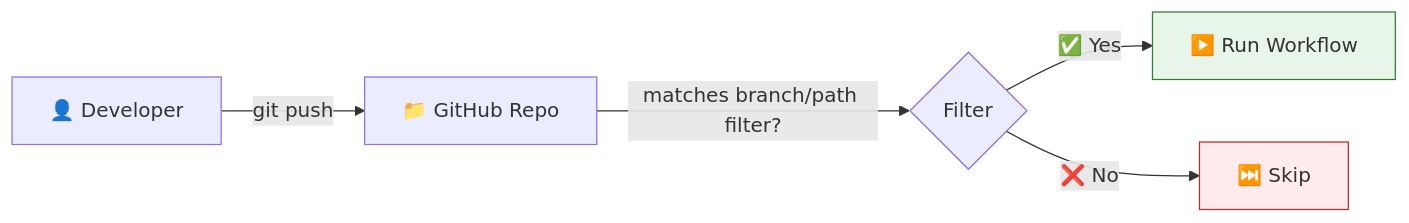
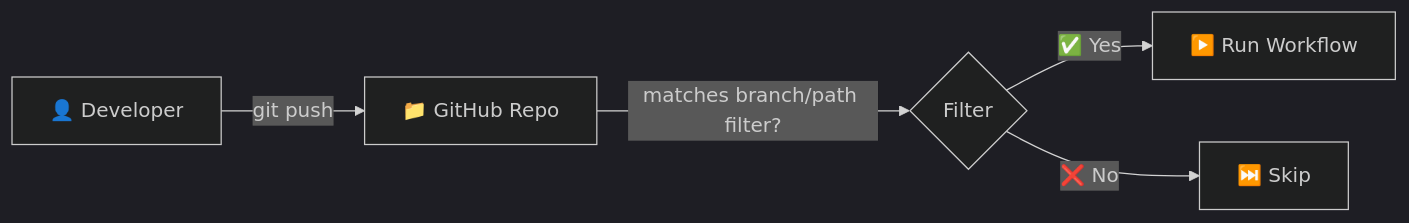
One commit to vishutyagi0210/github-ci-cd-with-labs changed the third of 6 diagrams in 04-triggering-events/README.md. Above: the diagram before and after it, drawn with Mermaid. The commit also changed other lines of this file and 13 other files, not shown here.

Commit message:
fix: switch all mermaid diagrams to dark theme for better readability

````diff
--- a/04-triggering-events/README.md
+++ b/04-triggering-events/README.md
@@ -77,10 +73,9 @@
 ```mermaid
+%%{init: {"theme": "dark"}}%%
 graph LR
     DEV["👤 Developer"] -->|git push| REPO["📁 GitHub Repo"]
     REPO -->|matches branch/path filter?| CHECK{Filter}
     CHECK -->|✅ Yes| RUN["▶️ Run Workflow"]
     CHECK -->|❌ No| SKIP["⏭️ Skip"]
 
-    style RUN fill:#e8f5e9,stroke:#2e7d32
-    style SKIP fill:#ffebee,stroke:#c62828
 ```
````
